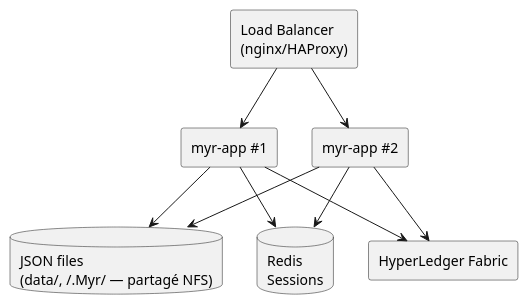
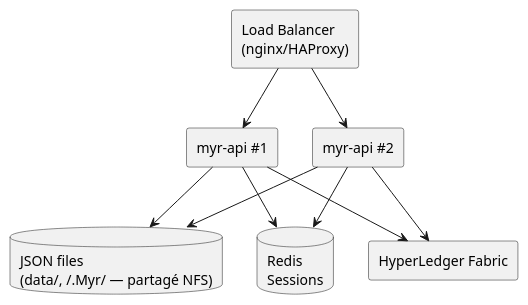
The third of 3 diagrams in specs/3-Conception/Deploiement.md (olivaux/myr), drawn with PlantUML before and after one commit. The commit also changed other lines of this file and 9 other files, not shown here.

Commit message:
change name myr-app to myr-api

````diff
--- a/specs/3-Conception/Deploiement.md
+++ b/specs/3-Conception/Deploiement.md
@@ -168,21 +168,21 @@
 ```plantuml
 @startuml
 skinparam componentStyle rectangle
 
 [Load Balancer\n(nginx/HAProxy)] as LB
-[myr-app #1] as A1
-[myr-app #2] as A2
+[myr-api #1] as A1
+[myr-api #2] as A2
 database "JSON files\n(data/, ~/.Myr/ — partagé NFS)" as DB
 database "Redis\nSessions" as Redis
 [HyperLedger Fabric] as Fabric
 
 LB --> A1
 LB --> A2
 A1 --> DB
 A2 --> DB
 A1 --> Redis
 A2 --> Redis
 A1 --> Fabric
 A2 --> Fabric
 @enduml
 ```
````
